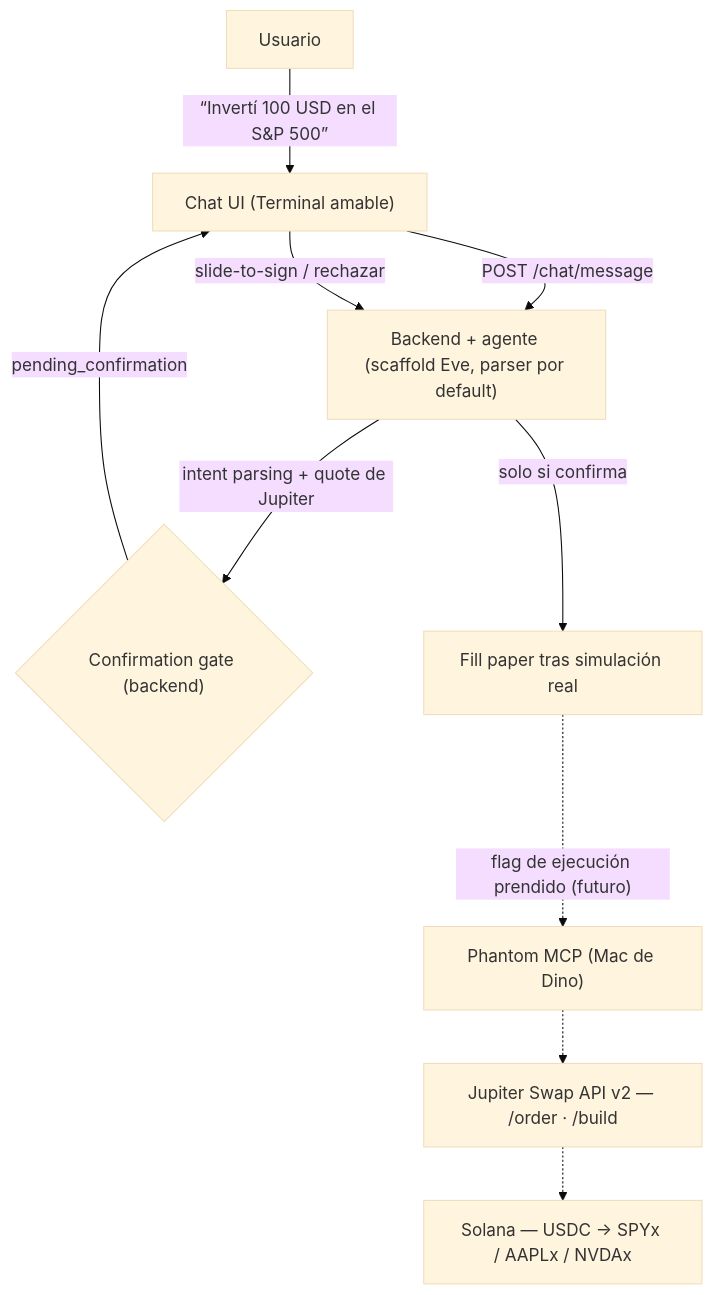
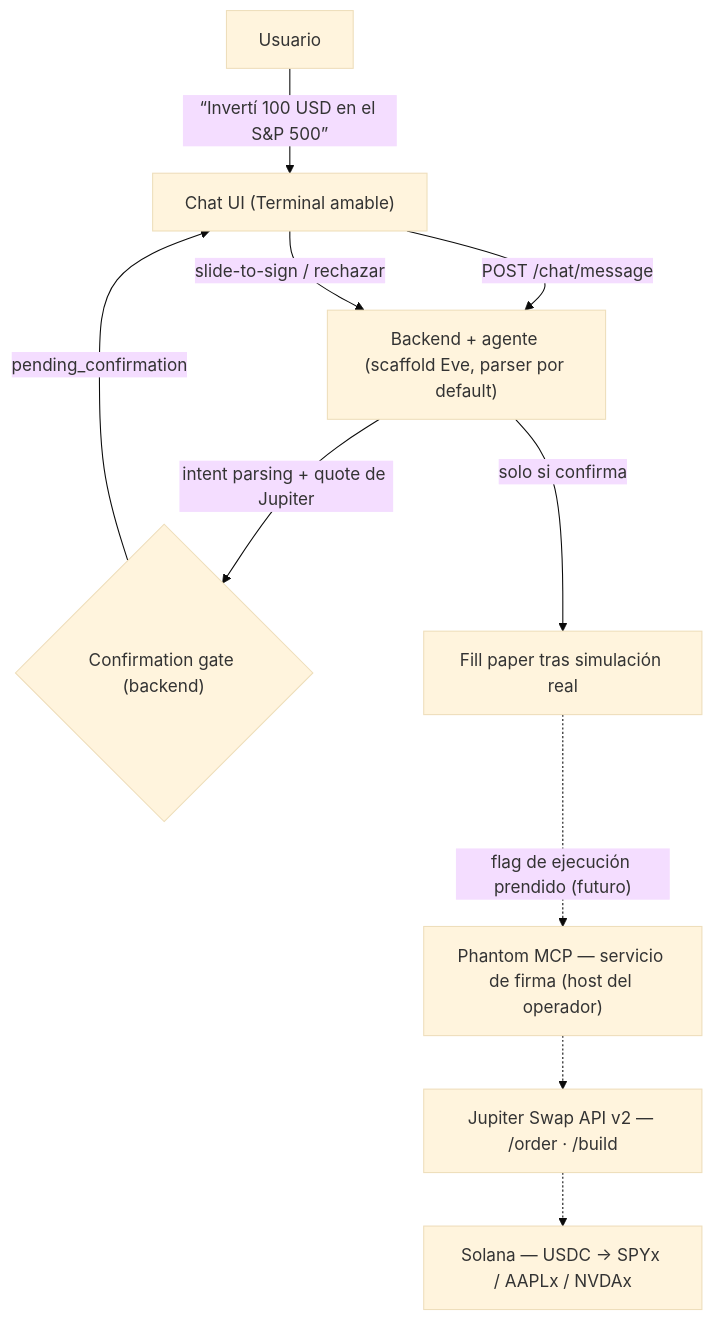
Before and after one commit to meschinidino/agent-trading: the diagram in README.es.md, drawn with Mermaid (base theme). The commit also changed other lines of this file and 14 other files, not shown here.

````diff
--- a/README.es.md
+++ b/README.es.md
@@ -63,12 +63,12 @@
 ```mermaid
 flowchart TD
     U["Usuario"] -->|"“Invertí 100 USD en el S&P 500”"| UI["Chat UI (Terminal amable)"]
     UI -->|"POST /chat/message"| BE["Backend + agente (scaffold Eve, parser por default)"]
     BE -->|"intent parsing + quote de Jupiter"| GATE{"Confirmation gate (backend)"}
     GATE -->|"pending_confirmation"| UI
     UI -->|"slide-to-sign / rechazar"| BE
     BE -->|"solo si confirma"| EXEC["Fill paper tras simulación real"]
-    EXEC -.->|"flag de ejecución prendido (futuro)"| MCP["Phantom MCP (Mac de Dino)"]
+    EXEC -.->|"flag de ejecución prendido (futuro)"| MCP["Phantom MCP — servicio de firma (host del operador)"]
     MCP -.-> JUP["Jupiter Swap API v2 — /order · /build"]
     JUP -.-> SOL["Solana — USDC → SPYx / AAPLx / NVDAx"]
 ```
````
